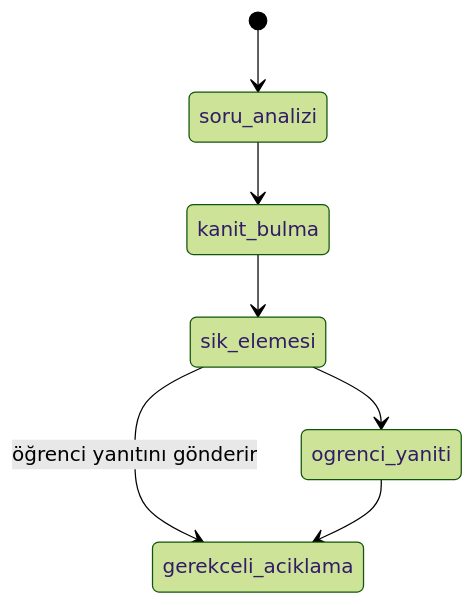
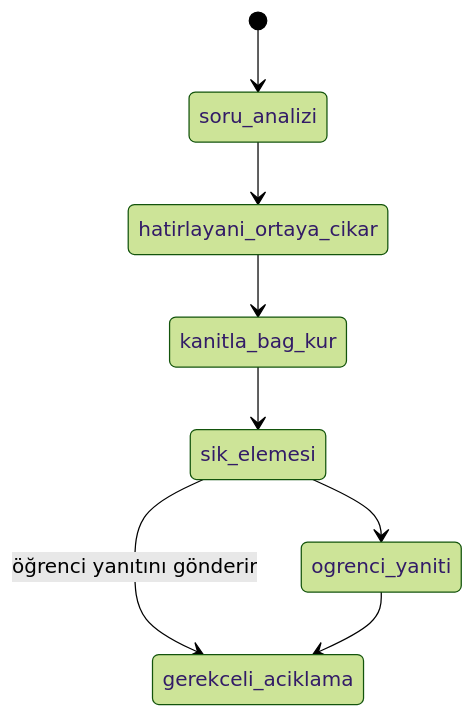
The diagram in docs/history-tutor-architecture.md (can-ozyasar/ErisSTEM-accessible-learning), drawn with Mermaid (forest theme) before and after one commit. The commit also changed other lines of this file and 13 other files, not shown here.

````diff
--- a/docs/history-tutor-architecture.md
+++ b/docs/history-tutor-architecture.md
@@ -6,9 +6,10 @@
 ```mermaid
 stateDiagram-v2
   [*] --> soru_analizi
-  soru_analizi --> kanit_bulma
-  kanit_bulma --> sik_elemesi
+  soru_analizi --> hatirlayani_ortaya_cikar
+  hatirlayani_ortaya_cikar --> kanitla_bag_kur
+  kanitla_bag_kur --> sik_elemesi
   sik_elemesi --> ogrenci_yaniti
   sik_elemesi --> gerekceli_aciklama: öğrenci yanıtını gönderir
   ogrenci_yaniti --> gerekceli_aciklama
 ```
````
